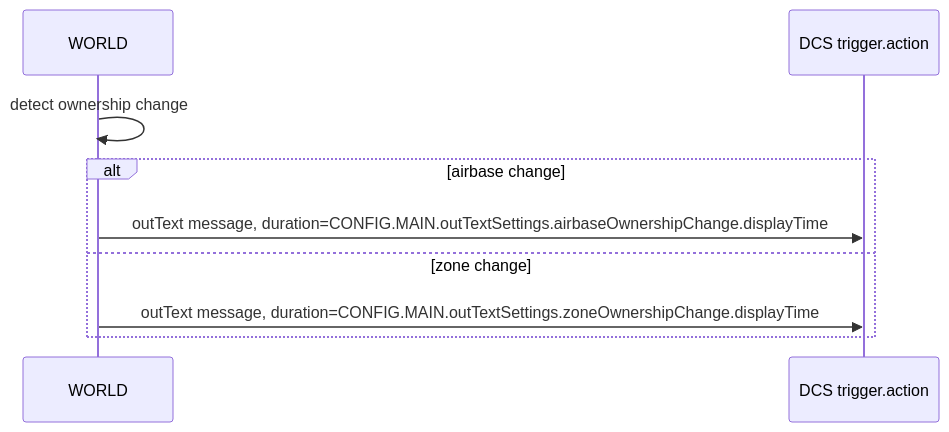
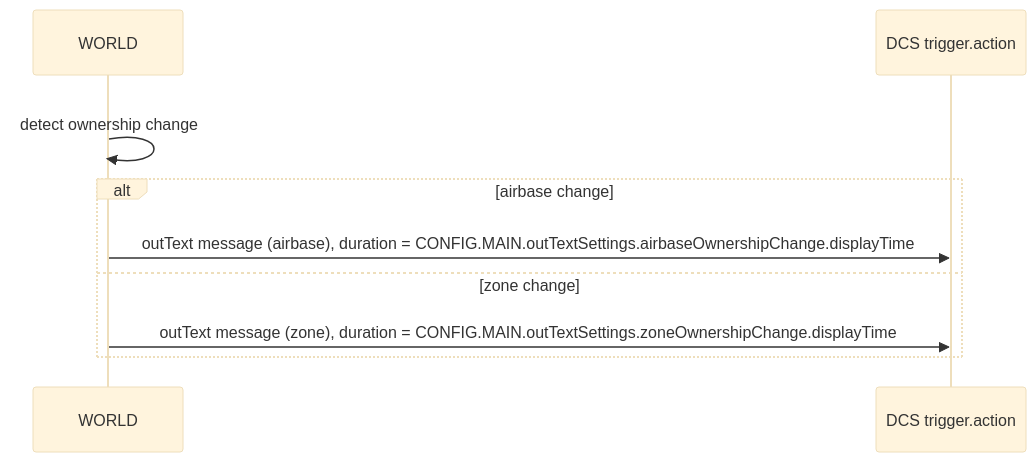
Before and after one commit to Gh0st352/AETHR: the diagram in docs/config/out_text.md, drawn with Mermaid. The commit also changed 8 other files, not shown here.

First line of the commit message:
docs(config): enhance Mermaid diagrams with theme/layout

````diff
--- a/docs/config/out_text.md
+++ b/docs/config/out_text.md
@@ -42,11 +42,14 @@
 ```mermaid
+%%{init: {"theme":"base"}}%%
 sequenceDiagram
+  rect rgba(255,255,255,0.75)
   participant W as WORLD
   participant T as DCS trigger.action
   W->>W: detect ownership change
   alt airbase change
-    W->>T: outText message, duration=CONFIG.MAIN.outTextSettings.airbaseOwnershipChange.displayTime
+    W->>T: outText message (airbase), duration = CONFIG.MAIN.outTextSettings.airbaseOwnershipChange.displayTime
   else zone change
-    W->>T: outText message, duration=CONFIG.MAIN.outTextSettings.zoneOwnershipChange.displayTime
+    W->>T: outText message (zone), duration = CONFIG.MAIN.outTextSettings.zoneOwnershipChange.displayTime
+  end
   end
 ```
````
